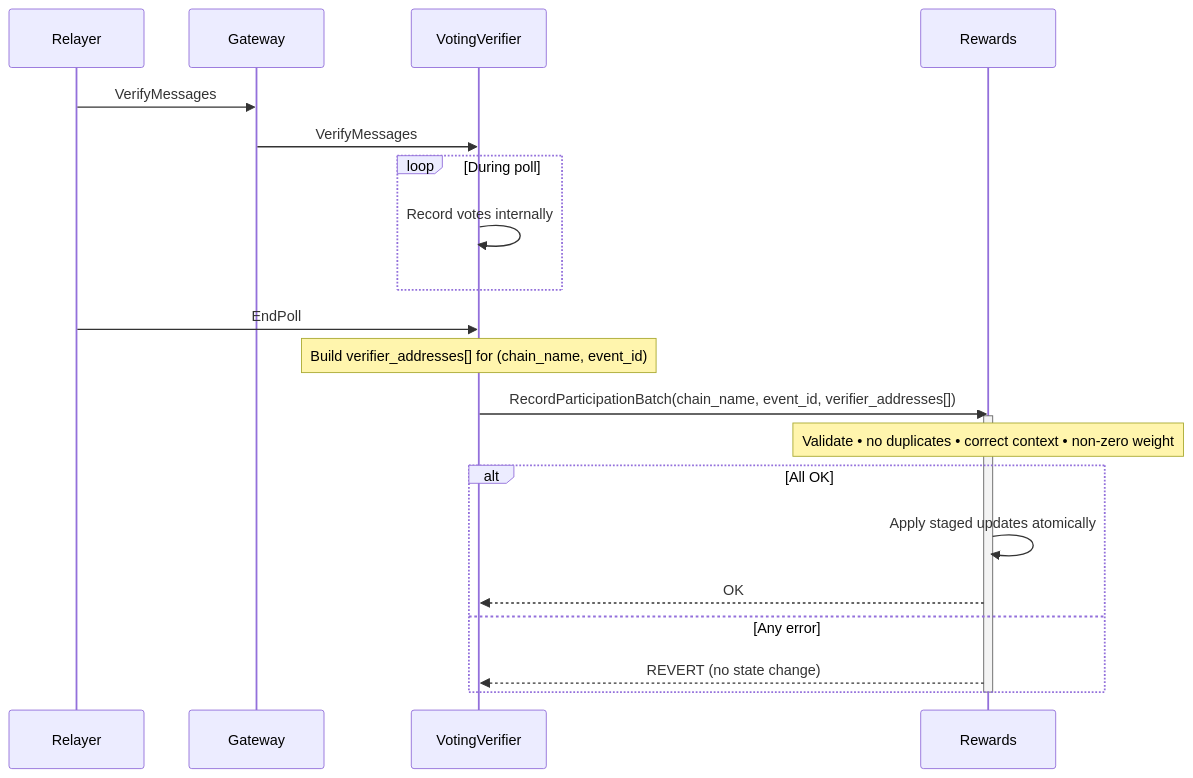
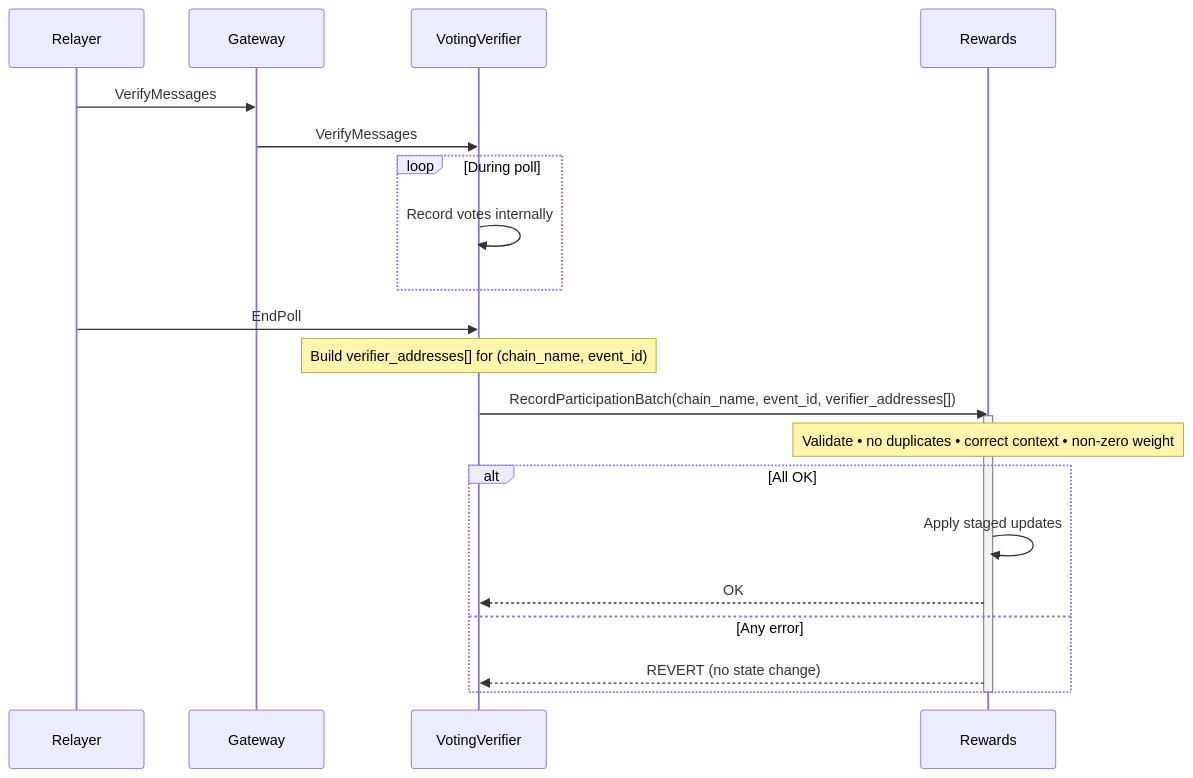
Before and after one commit to axelarnetwork/arcs: the second of 2 diagrams in ARCs/ARC-12.md, drawn with Mermaid. The commit also changed other lines of this file, not shown here.

````diff
--- a/ARCs/ARC-12.md
+++ b/ARCs/ARC-12.md
@@ -118,25 +115,25 @@
 ```mermaid
 sequenceDiagram
     participant Relayer
     participant Gateway
     participant VotingVerifier
     participant Rewards
 
     Relayer  ->> Gateway: VerifyMessages
     Gateway  ->> VotingVerifier: VerifyMessages
     loop During poll
         VotingVerifier ->> VotingVerifier: Record votes internally
     end
     Relayer  ->> VotingVerifier: EndPoll
     Note over VotingVerifier: Build verifier_addresses[] for (chain_name, event_id)
     VotingVerifier ->> Rewards: RecordParticipationBatch(chain_name, event_id, verifier_addresses[])
     activate Rewards
     Note over Rewards: Validate • no duplicates • correct context • non-zero weight
     alt All OK
-        Rewards ->> Rewards: Apply staged updates atomically
+        Rewards ->> Rewards: Apply staged updates
         Rewards -->> VotingVerifier: OK
     else Any error
         Rewards -->> VotingVerifier: REVERT (no state change)
     end
     deactivate Rewards
 ```
````
